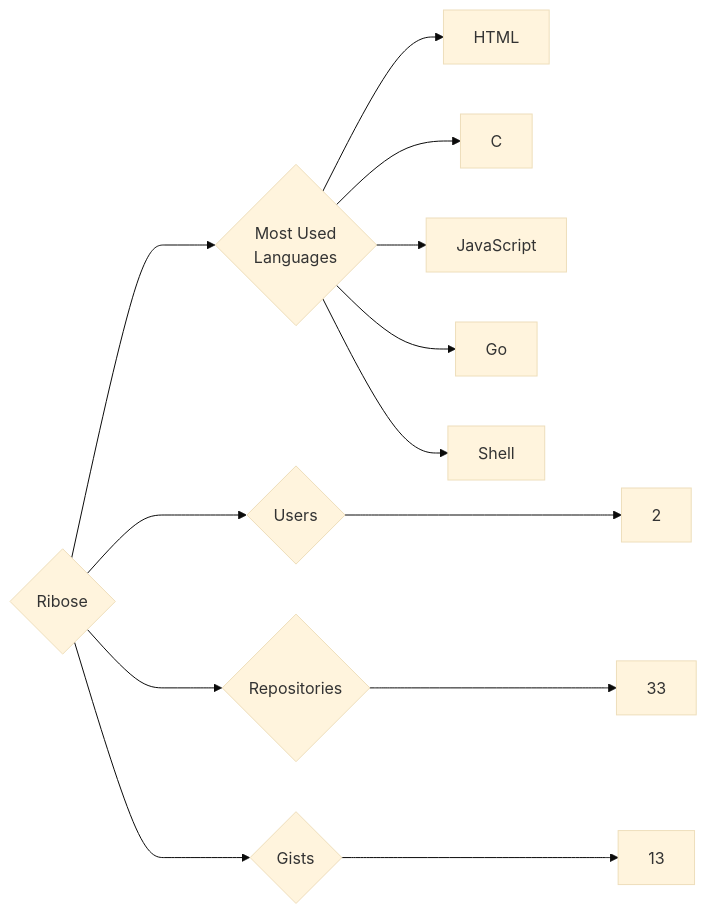
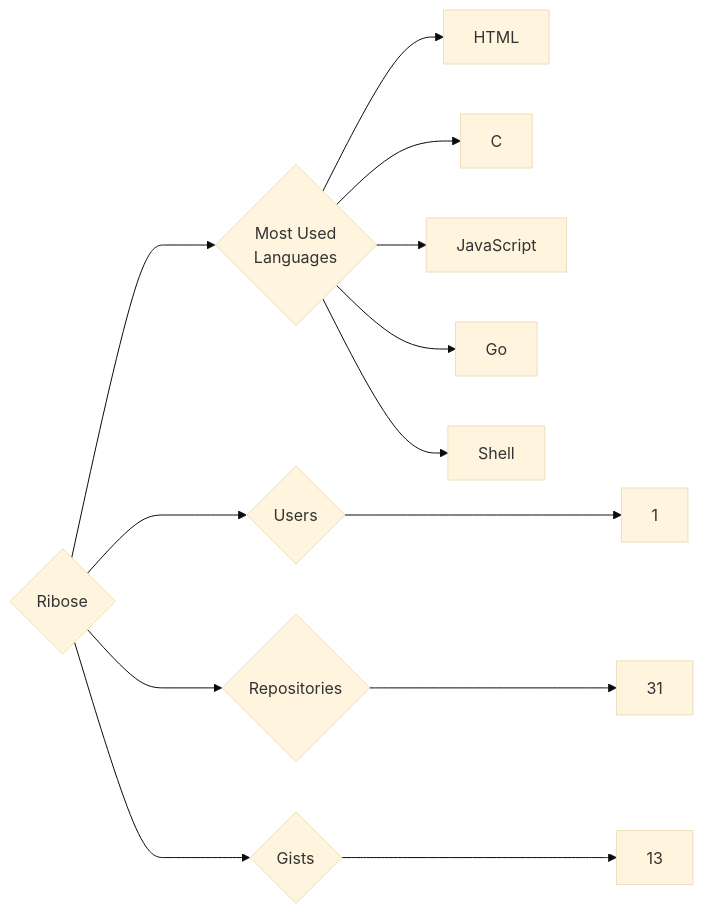
One commit to trickest/insiders changed the diagram in targets/Ribose/README.md. Above: the diagram before and after it, drawn with Mermaid (base theme). The commit also changed 815 other files, not shown here.

````diff
--- a/targets/Ribose/README.md
+++ b/targets/Ribose/README.md
@@ -3,13 +3,13 @@
 ```mermaid
 graph LR
 COMPANY_NAME{Ribose}
-COMPANY_NAME ---> U{Users} ---> UN[2]
-COMPANY_NAME ---> R{Repositories} ---> RN[33]
+COMPANY_NAME ---> U{Users} ---> UN[1]
+COMPANY_NAME ---> R{Repositories} ---> RN[31]
 COMPANY_NAME ---> G{Gists} ---> GN[13]
 COMPANY_NAME ---> ML{Most Used<br>Languages}
 ML --> HTML[HTML]
 ML --> C[C]
 ML --> JavaScript[JavaScript]
 ML --> Go[Go]
 ML --> Shell[Shell]
 ```
````
